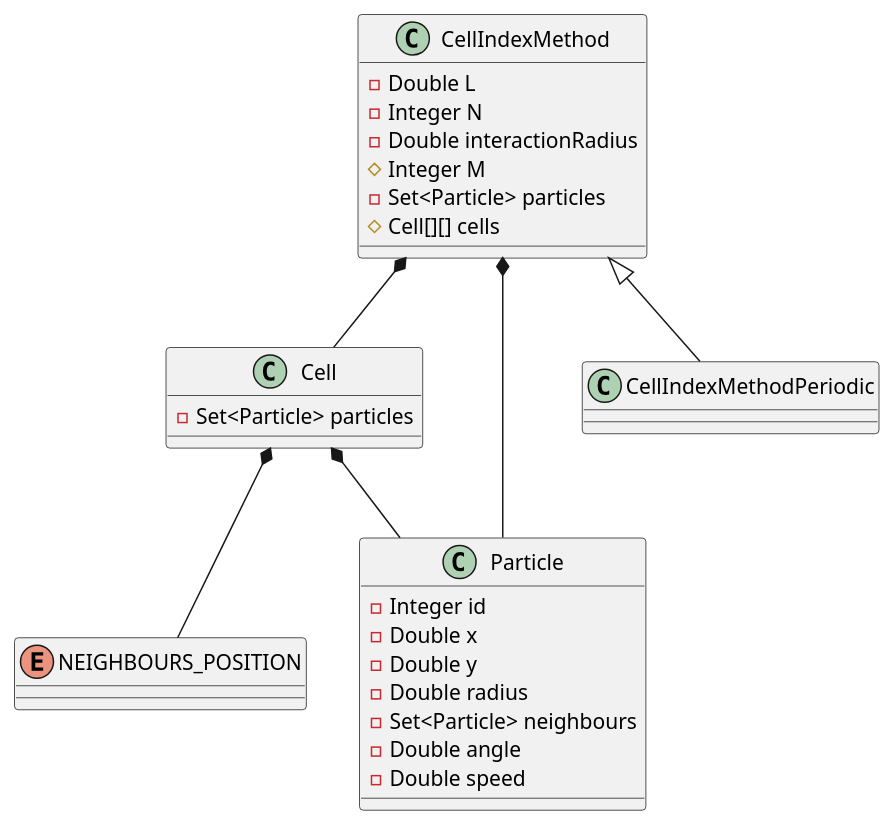
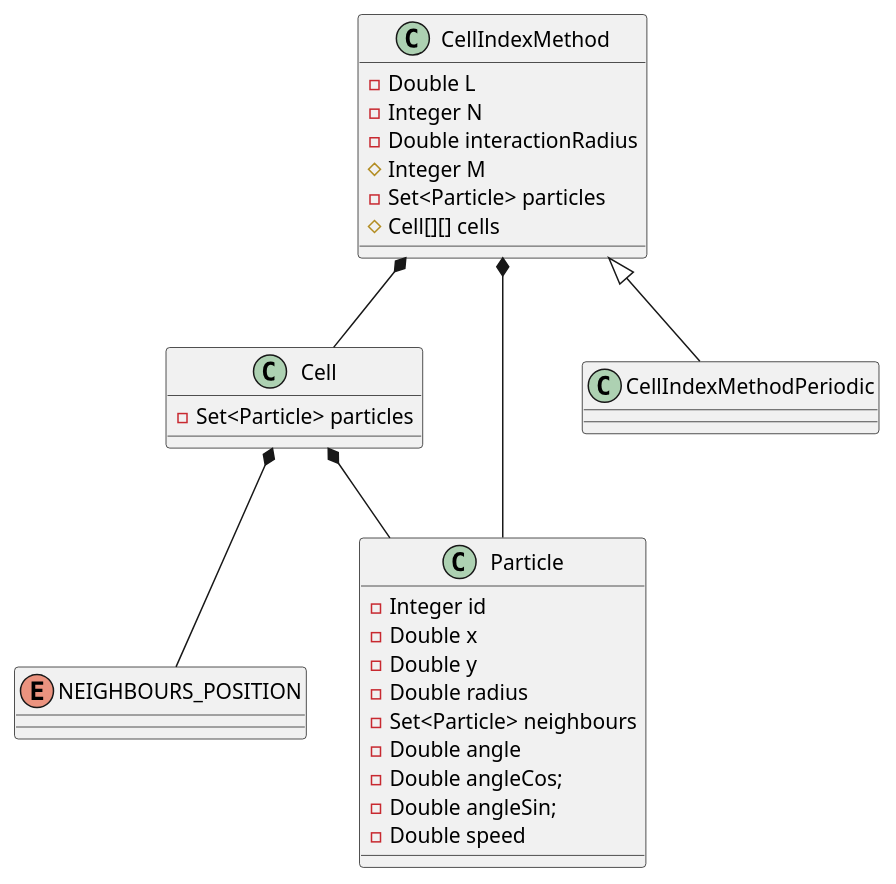
Before and after one commit to fzimbimbakis/SS: the diagram in TP2/src/main/resources/implementacion.puml, drawn with PlantUML. The commit also changed 7 other files, not shown here.

```diff
--- a/TP2/src/main/resources/implementacion.puml
+++ b/TP2/src/main/resources/implementacion.puml
@@ -1,39 +1,41 @@
 @startuml
 'https://plantuml.com/class-diagram
 
 class Cell{
 - Set<Particle> particles
 }
 
 enum NEIGHBOURS_POSITION
 
 class Particle{
 - Integer id
 - Double x
 - Double y
 - Double radius
 - Set<Particle> neighbours
 - Double angle
+- Double angleCos;
+- Double angleSin;
 - Double speed
 
 }
 
 class CellIndexMethod{
 - Double L
 - Integer N
 - Double interactionRadius
 # Integer M
 - Set<Particle> particles
 # Cell[][] cells
 }
 
 class CellIndexMethodPeriodic
 
 CellIndexMethod <|-- CellIndexMethodPeriodic
 CellIndexMethod *-- Particle
 CellIndexMethod *-- Cell
 Cell *-- Particle
 Cell *-- NEIGHBOURS_POSITION
 
 
 @enduml
```
